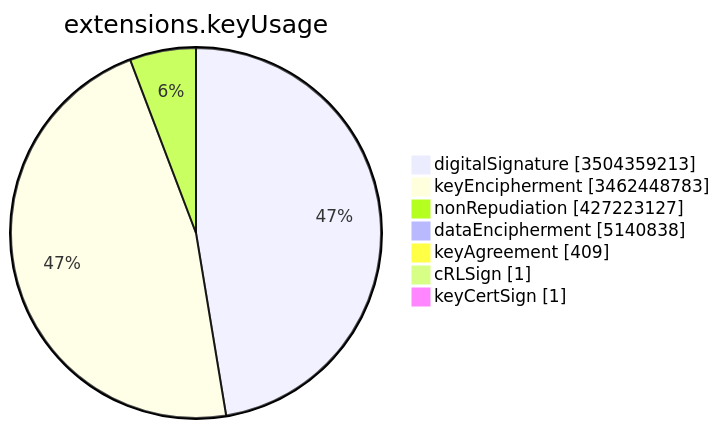
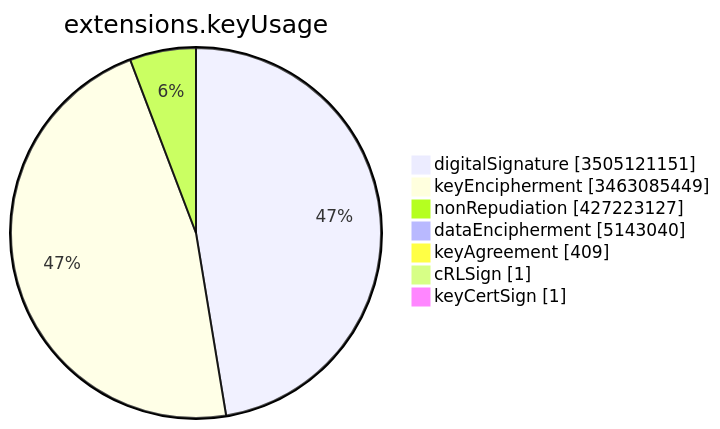
Before and after one commit to christiankrug/ctmonitor_visualization: the sixth of 15 diagrams in TOTAL/README.md, drawn with Mermaid. The commit also changed other lines of this file, not shown here.

````diff
--- a/TOTAL/README.md
+++ b/TOTAL/README.md
@@ -3083,11 +3083,11 @@
 ```mermaid
 pie showData
 title extensions.keyUsage
-"digitalSignature" :3504359213
-"keyEncipherment" :3462448783
+"digitalSignature" :3505121151
+"keyEncipherment" :3463085449
 "nonRepudiation" :427223127
-"dataEncipherment" :5140838
+"dataEncipherment" :5143040
 "keyAgreement" :409
 "cRLSign" :1
 "keyCertSign" :1
 ```
````
